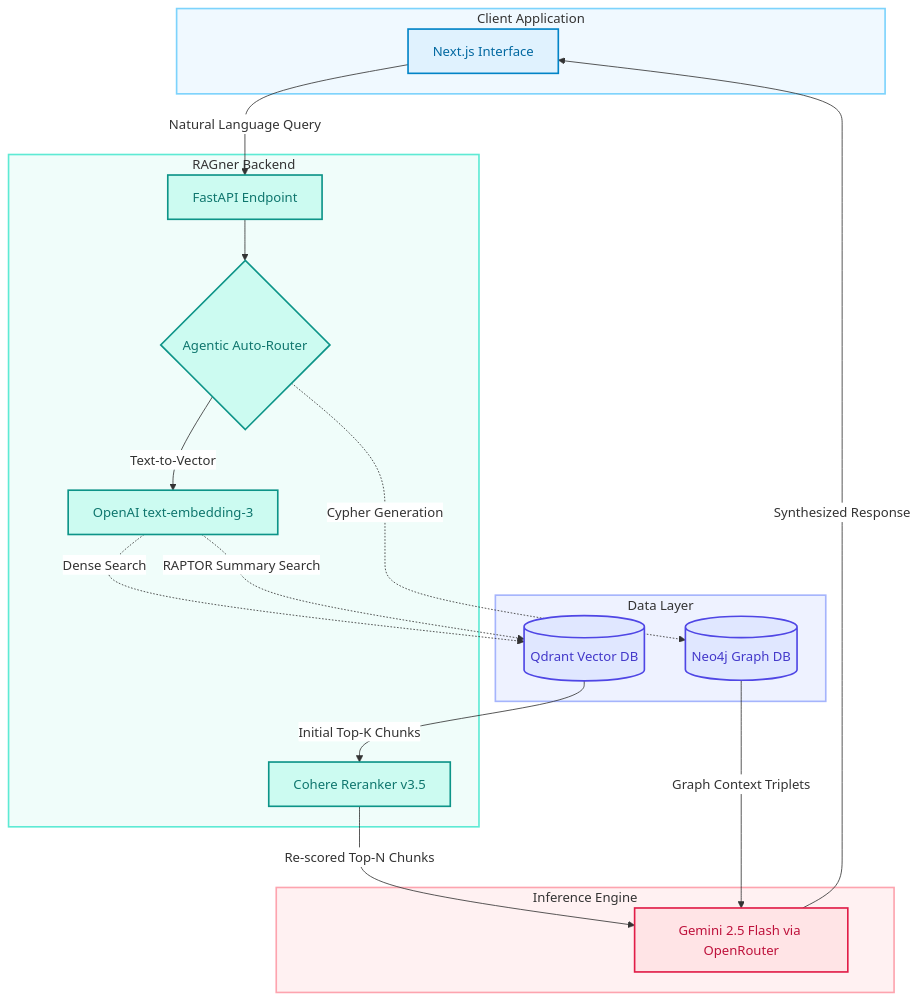
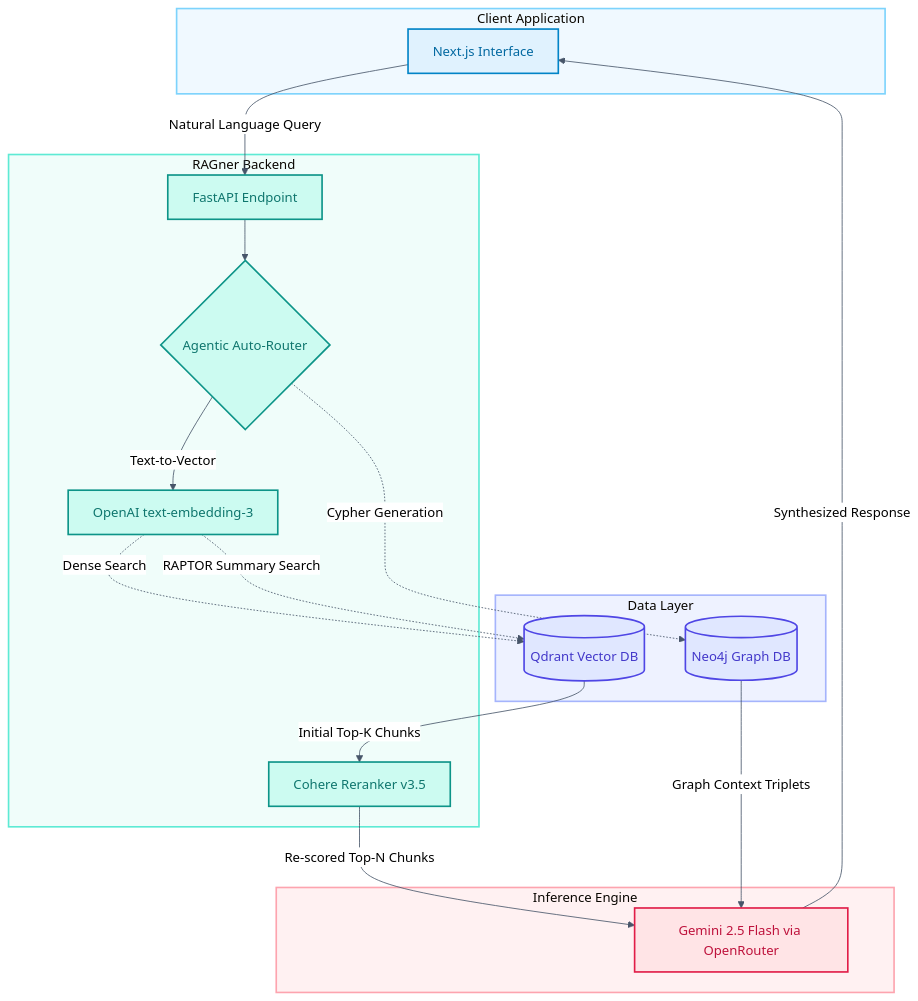
One commit to Saransh482003/RAGner-Tri-Modal-RAG-Framework changed the diagram in README.md. Above: the diagram before and after it, drawn with Mermaid.

Commit message:
Added README and made new adjustments

````diff
--- a/README.md
+++ b/README.md
@@ -43,50 +43,60 @@
 ```mermaid
-%%{init: {'theme': 'default', 'themeVariables': { 'background': '#ffffff', 'primaryTextColor': '#000000', 'edgeLabelBackground': '#ffffff'}}}%%
+%%{init: {
+  'theme': 'base',
+  'themeVariables': {
+    'darkMode': false,
+    'background': '#ffffff',
+    'primaryTextColor': '#000000',
+    'edgeLabelBackground': '#ffffff',
+    'lineColor': '#475569',
+    'textColor': '#000000'
+  }
+}}%%
 graph TD
     %% Define crisp color palettes for the different layers
     classDef frontend fill:#e0f2fe,stroke:#0284c7,stroke-width:2px,color:#0369a1;
     classDef backend fill:#ccfbf1,stroke:#0d9488,stroke-width:2px,color:#0f766e;
     classDef database fill:#e0e7ff,stroke:#4f46e5,stroke-width:2px,color:#4338ca;
     classDef inference fill:#ffe4e6,stroke:#e11d48,stroke-width:2px,color:#be123c;
 
     subgraph ClientApp [Client Application]
         UI[Next.js Interface]:::frontend
     end
 
     subgraph BackendApp [RAGner Backend]
         API[FastAPI Endpoint]:::backend
         Router{Agentic Auto-Router}:::backend
         Embed[OpenAI text-embedding-3]:::backend
         Rerank[Cohere Reranker v3.5]:::backend
     end
 
     subgraph DataLayer [Data Layer]
         Qdrant[(Qdrant Vector DB)]:::database
         Neo4j[(Neo4j Graph DB)]:::database
     end
     
     subgraph InferenceLayer [Inference Engine]
         OpenRouter[Gemini 2.5 Flash via OpenRouter]:::inference
     end
 
     %% Connections
     UI -->|Natural Language Query| API
     API --> Router
     Router -->|Text-to-Vector| Embed
     
     Embed -.->|Dense Search| Qdrant
     Embed -.->|RAPTOR Summary Search| Qdrant
     Router -.->|Cypher Generation| Neo4j
     
     Qdrant -->|Initial Top-K Chunks| Rerank
     Rerank -->|Re-scored Top-N Chunks| OpenRouter
     Neo4j -->|Graph Context Triplets| OpenRouter
     
     OpenRouter -->|Synthesized Response| UI
 
     %% Subgraph Styling: Soft thematic tints with clean, solid borders matching their nodes
     style ClientApp fill:#f0f9ff,stroke:#7dd3fc,stroke-width:2px
     style BackendApp fill:#f0fdfa,stroke:#5eead4,stroke-width:2px
     style DataLayer fill:#eef2ff,stroke:#a5b4fc,stroke-width:2px
     style InferenceLayer fill:#fff1f2,stroke:#fda4af,stroke-width:2px
 ```
````
